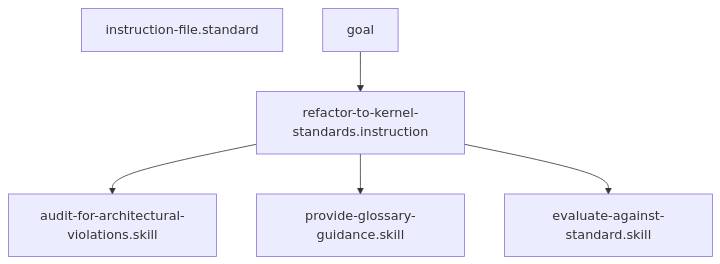
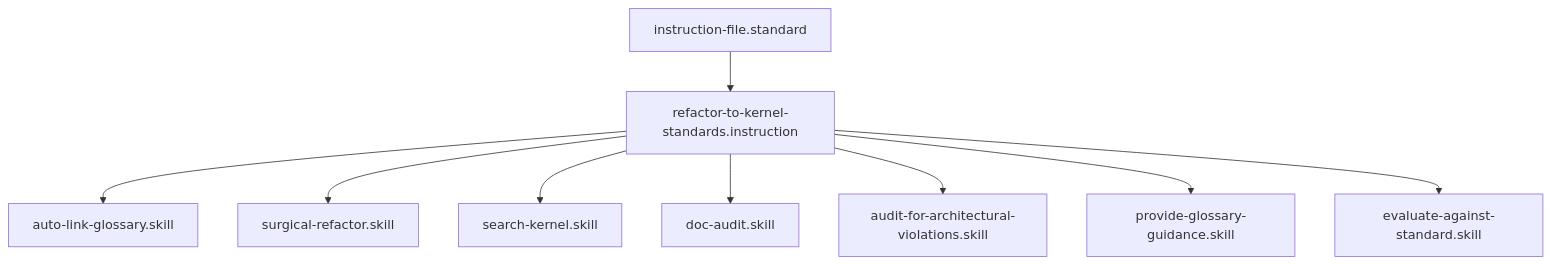
Before and after one commit to Gizmo4Life/ai-kernel: the diagram in instructions/refactor-to-kernel-standards.instruction.md, drawn with Mermaid. The commit also changed 89 other files, not shown here.

````diff
--- a/instructions/refactor-to-kernel-standards.instruction.md
+++ b/instructions/refactor-to-kernel-standards.instruction.md
@@ -28,8 +28,11 @@
 ```mermaid
 graph TD
-    instruction-file.standard
-goal --> refactor-to-kernel-standards.instruction
+    instruction-file.standard --> refactor-to-kernel-standards.instruction
+    refactor-to-kernel-standards.instruction --> auto-link-glossary[auto-link-glossary.skill]
+    refactor-to-kernel-standards.instruction --> surgical-refactor[surgical-refactor.skill]
+    refactor-to-kernel-standards.instruction --> search-kernel[search-kernel.skill]
+    refactor-to-kernel-standards.instruction --> doc-audit[doc-audit.skill]
     refactor-to-kernel-standards.instruction --> audit-for-architectural-violations[audit-for-architectural-violations.skill]
     refactor-to-kernel-standards.instruction --> provide-glossary-guidance[provide-glossary-guidance.skill]
     refactor-to-kernel-standards.instruction --> evaluate-against-standard[evaluate-against-standard.skill]
 ```
````
